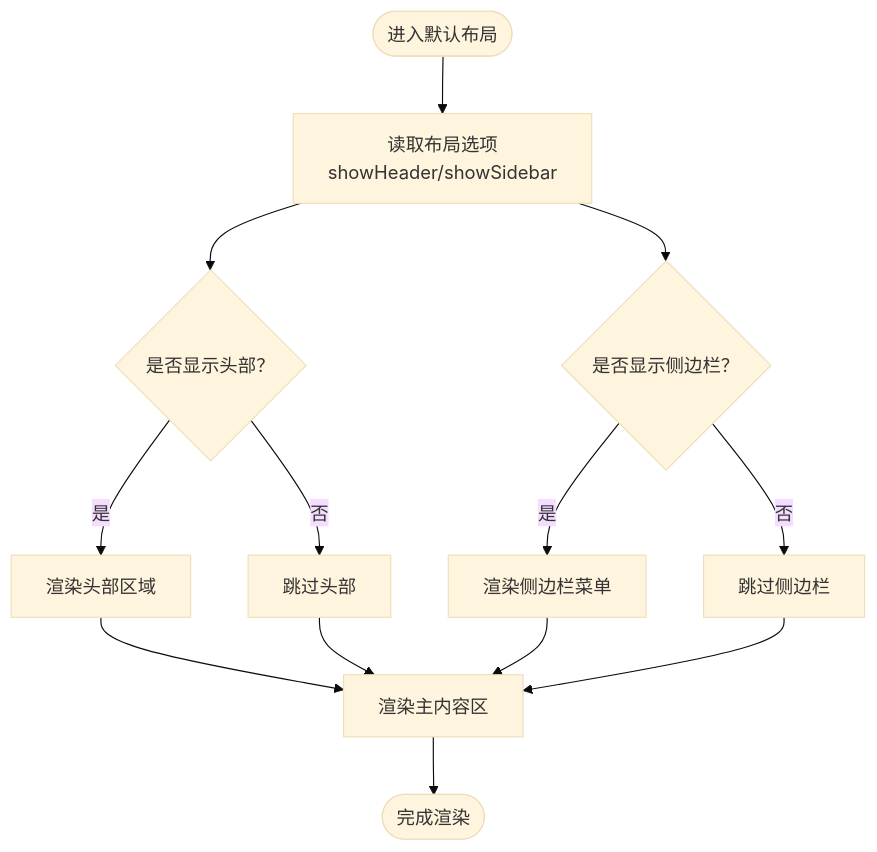
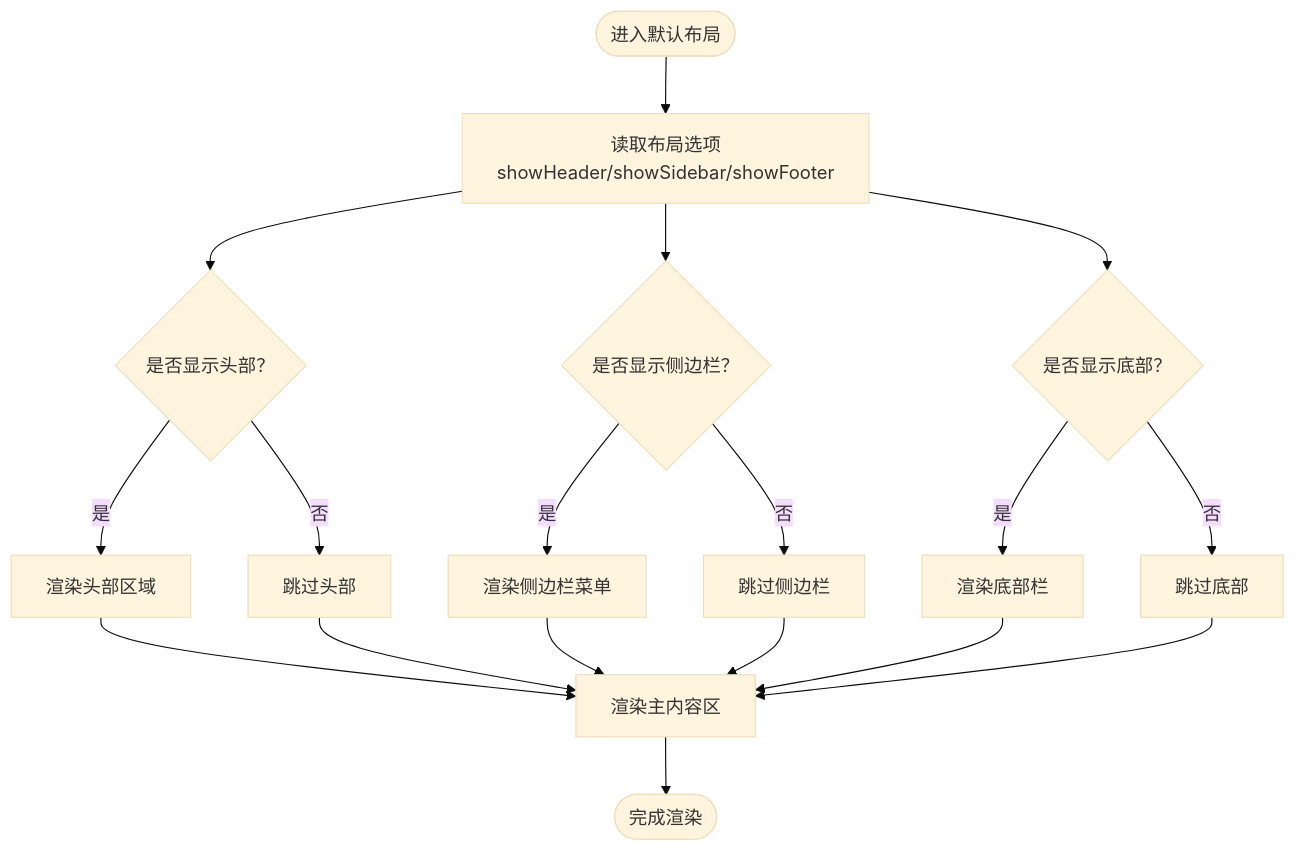
Before and after one commit to my-Sitara/artisan-base-frontend: the fifth of 7 diagrams in .qoder/repowiki/zh/content/核心组件/布局管理器.md, drawn with Mermaid (base theme). The commit also changed other lines of this file and 25 other files, not shown here.

````diff
--- a/.qoder/repowiki/zh/content/核心组件/布局管理器.md
+++ b/.qoder/repowiki/zh/content/核心组件/布局管理器.md
@@ -179,15 +212,20 @@
 ```mermaid
 flowchart TD
-Start(["进入默认布局"]) --> ReadOpts["读取布局选项<br/>showHeader/showSidebar"]
+Start(["进入默认布局"]) --> ReadOpts["读取布局选项<br/>showHeader/showSidebar/showFooter"]
 ReadOpts --> RenderHeader{"是否显示头部？"}
 RenderHeader --> |是| Header["渲染头部区域"]
 RenderHeader --> |否| SkipHeader["跳过头部"]
 ReadOpts --> RenderSidebar{"是否显示侧边栏？"}
 RenderSidebar --> |是| Sidebar["渲染侧边栏菜单"]
 RenderSidebar --> |否| SkipSidebar["跳过侧边栏"]
+ReadOpts --> RenderFooter{"是否显示底部？"}
+RenderFooter --> |是| Footer["渲染底部栏"]
+RenderFooter --> |否| SkipFooter["跳过底部"]
 Header --> Content["渲染主内容区"]
 SkipHeader --> Content
 Sidebar --> Content
 SkipSidebar --> Content
+Footer --> Content
+SkipFooter --> Content
 Content --> End(["完成渲染"])
 ```
````
